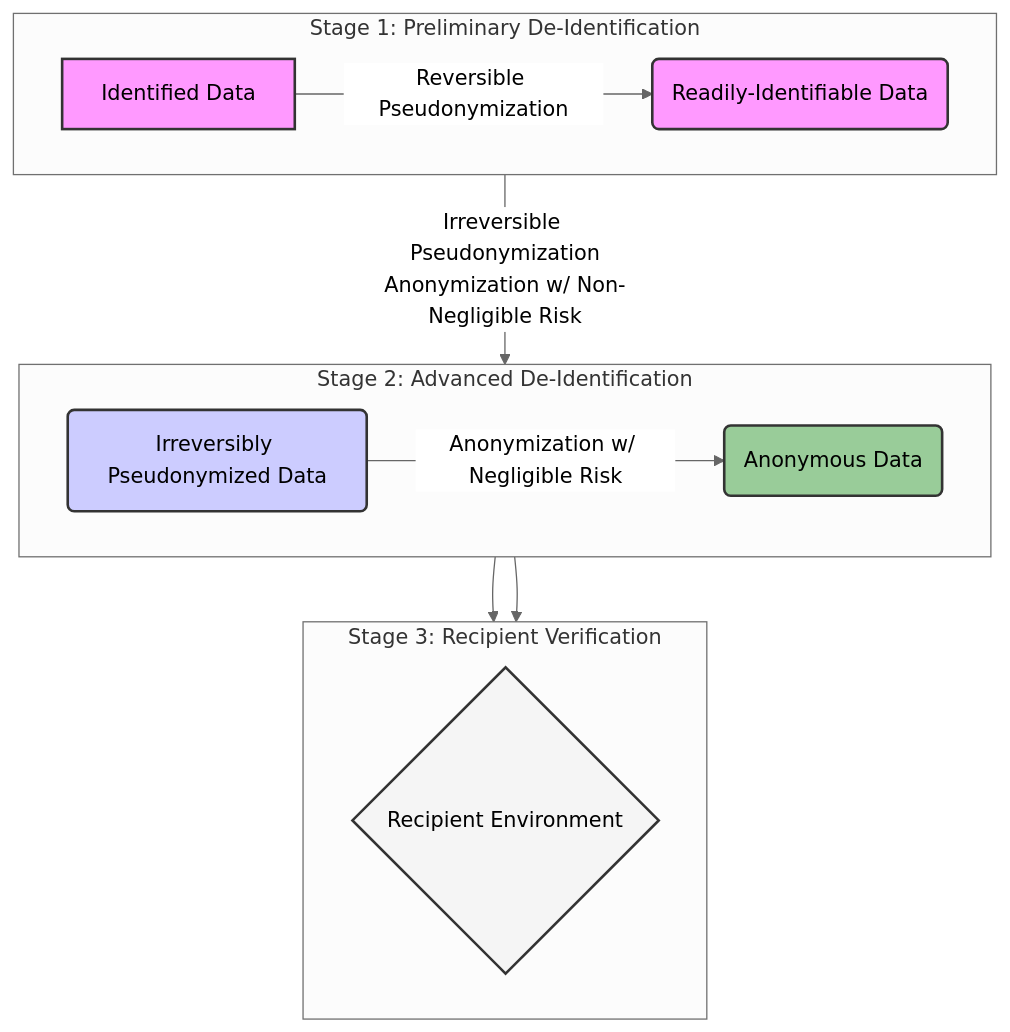
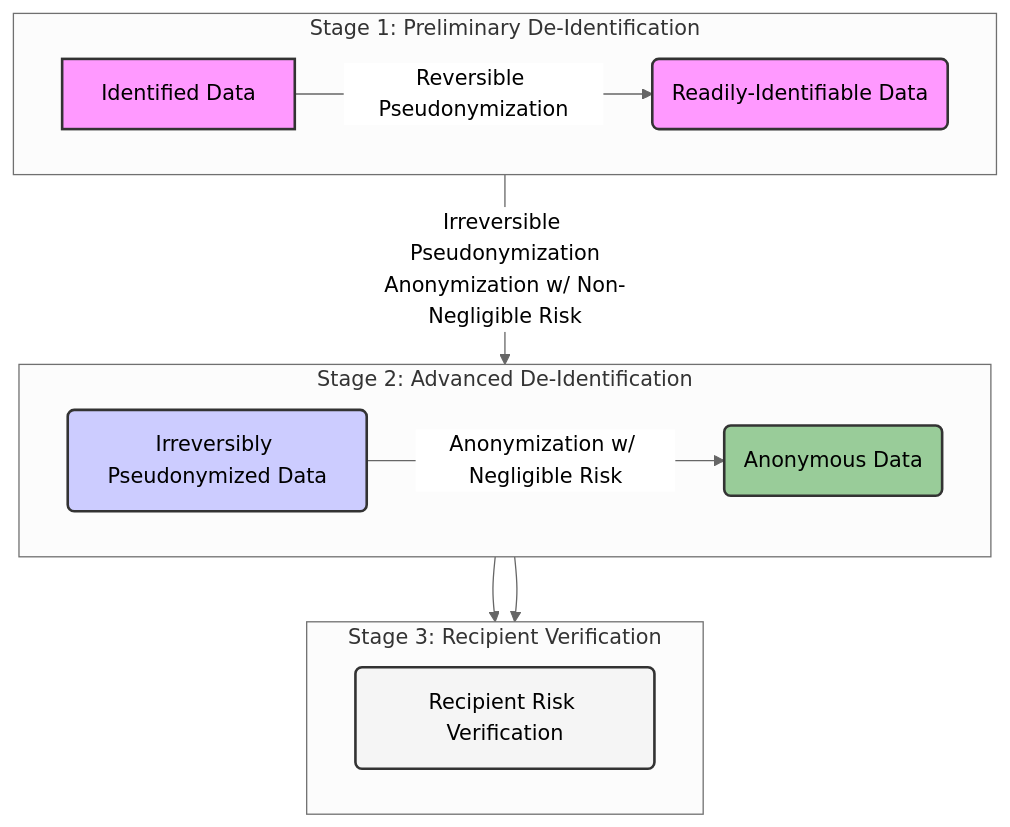
The diagram in input/pagecontent/process.md (IHE/ITI.DeIdHandbook), drawn with Mermaid (neutral theme) before and after one commit. The commit also changed other lines of this file, not shown here.

Commit message:
docs: Refine 3-stage de-id model and diagram

````diff
--- a/input/pagecontent/process.md
+++ b/input/pagecontent/process.md
@@ -275,26 +275,26 @@
 ```mermaid
 graph TD
     subgraph "Stage 1: Preliminary De-Identification"
         direction LR
         A[Identified Data] -->|Reversible Pseudonymization| B(Readily-Identifiable Data);
     end
 
     subgraph "Stage 2: Advanced De-Identification"
         direction LR
         B -->|Irreversible Pseudonymization<br/>Anonymization w/ Non-Negligible Risk| C(Irreversibly Pseudonymized Data);
         C -->|Anonymization w/ Negligible Risk| D(Anonymous Data);
     end
     
     subgraph "Stage 3: Recipient Verification"
         direction LR
-        D --> E{Recipient Environment};
+        D --> E(Recipient Risk Verification);
         C --> E;
     end
 
     style A fill:#f9f,stroke:#333,stroke-width:2px
     style B fill:#f9f,stroke:#333,stroke-width:2px
     style C fill:#ccf,stroke:#333,stroke-width:2px
     style D fill:#9c9,stroke:#333,stroke-width:2px
     style E fill:#f5f5f5,stroke:#333,stroke-width:2px
 
 ```
````
